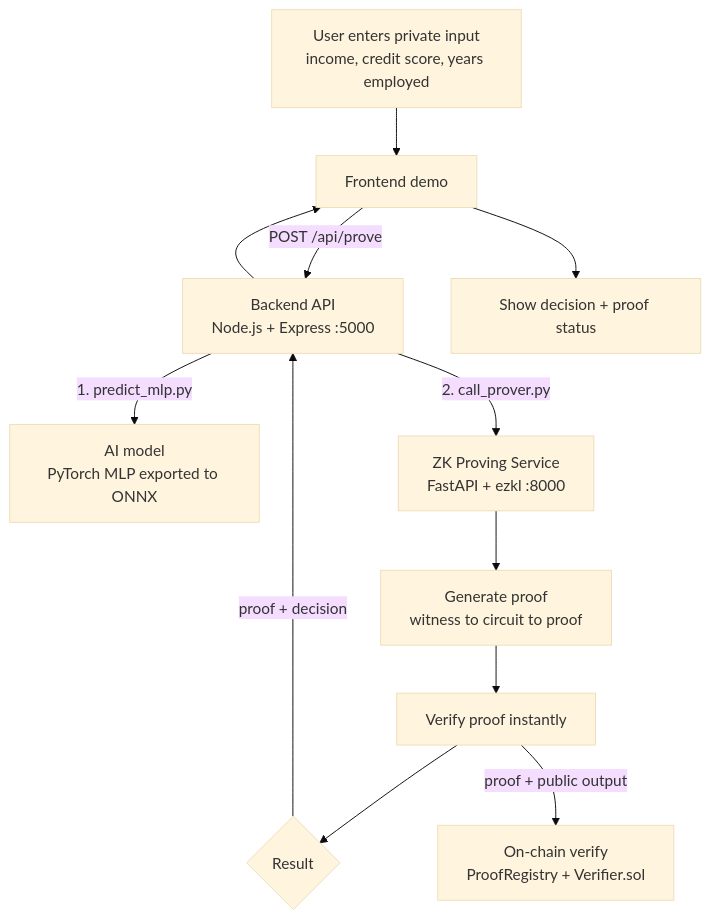
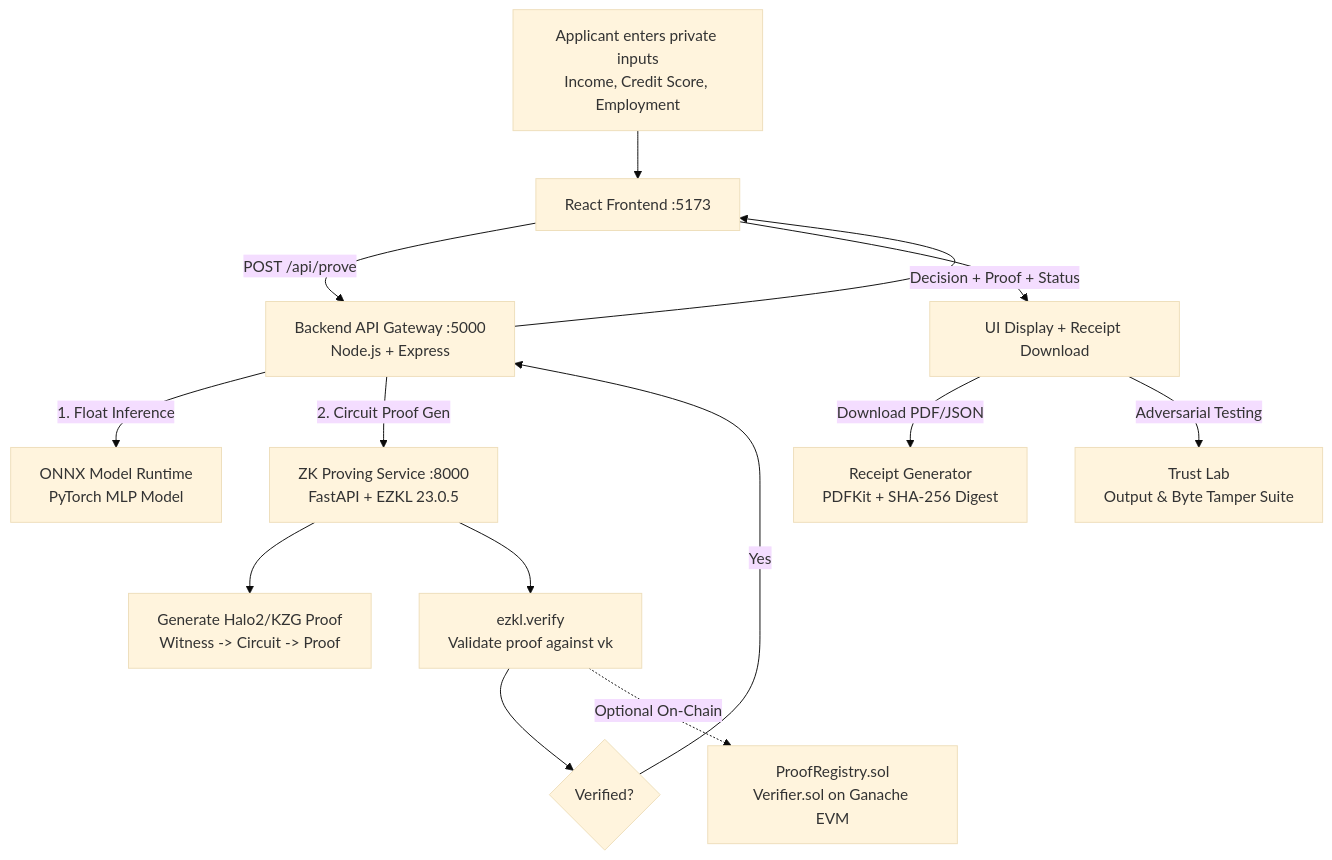
The first of 2 diagrams in README.md (Hritikadas/veriscore), drawn with Mermaid (base theme) before and after one commit. The commit also changed other lines of this file and 20 other files, not shown here.

Commit message:
Add Trust Lab and decision receipt

````diff
--- a/README.md
+++ b/README.md
@@ -45,14 +58,16 @@
 ```mermaid
 flowchart TD
-    U[User enters private input<br/>income, credit score, years employed] --> F[Frontend demo]
-    F -- "POST /api/prove" --> B[Backend API<br/>Node.js + Express :5000]
-    B -- "1. predict_mlp.py" --> M[AI model<br/>PyTorch MLP exported to ONNX]
-    B -- "2. call_prover.py" --> P[ZK Proving Service<br/>FastAPI + ezkl :8000]
-    P --> Z[Generate proof<br/>witness to circuit to proof]
-    Z --> V[Verify proof instantly]
-    V --> R{Result}
-    R -- proof + decision --> B
-    B --> F
-    F --> S[Show decision + proof status]
-    V -- "proof + public output" --> C[On-chain verify<br/>ProofRegistry + Verifier.sol]
+    U[Applicant enters private inputs<br/>Income, Credit Score, Employment] --> F[React Frontend :5173]
+    F -- "POST /api/prove" --> B[Backend API Gateway :5000<br/>Node.js + Express]
+    B -- "1. Float Inference" --> M[ONNX Model Runtime<br/>PyTorch MLP Model]
+    B -- "2. Circuit Proof Gen" --> P[ZK Proving Service :8000<br/>FastAPI + EZKL 23.0.5]
+    P --> Z[Generate Halo2/KZG Proof<br/>Witness -> Circuit -> Proof]
+    P --> V[ezkl.verify<br/>Validate proof against vk]
+    V --> R{Verified?}
+    R -- Yes --> B
+    B -- Decision + Proof + Status --> F
+    F --> S[UI Display + Receipt Download]
+    S -- "Download PDF/JSON" --> REC[Receipt Generator<br/>PDFKit + SHA-256 Digest]
+    S -- "Adversarial Testing" --> TL[Trust Lab<br/>Output & Byte Tamper Suite]
+    V -. Optional On-Chain .-> C[ProofRegistry.sol<br/>Verifier.sol on Ganache EVM]
 ```
````
